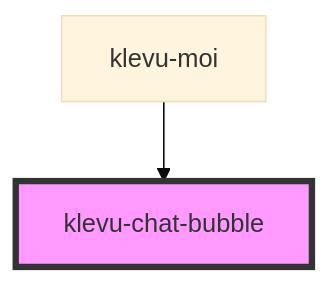
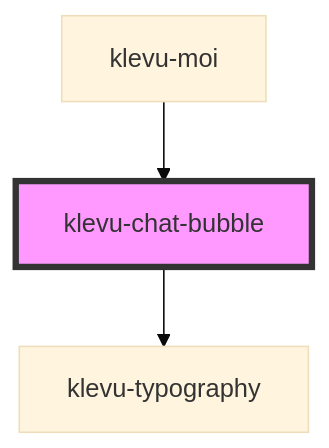
Before and after one commit to klevultd/frontend-sdk: the diagram in packages/klevu-ui/src/components/klevu-chat-bubble/readme.md, drawn with Mermaid (base theme). The commit also changed other lines of this file and 19 other files, not shown here.

````diff
--- a/packages/klevu-ui/src/components/klevu-chat-bubble/readme.md
+++ b/packages/klevu-ui/src/components/klevu-chat-bubble/readme.md
@@ -26,5 +30,6 @@
 ```mermaid
 graph TD;
+  klevu-chat-bubble --> klevu-typography
   klevu-moi --> klevu-chat-bubble
   style klevu-chat-bubble fill:#f9f,stroke:#333,stroke-width:4px
 ```
````
